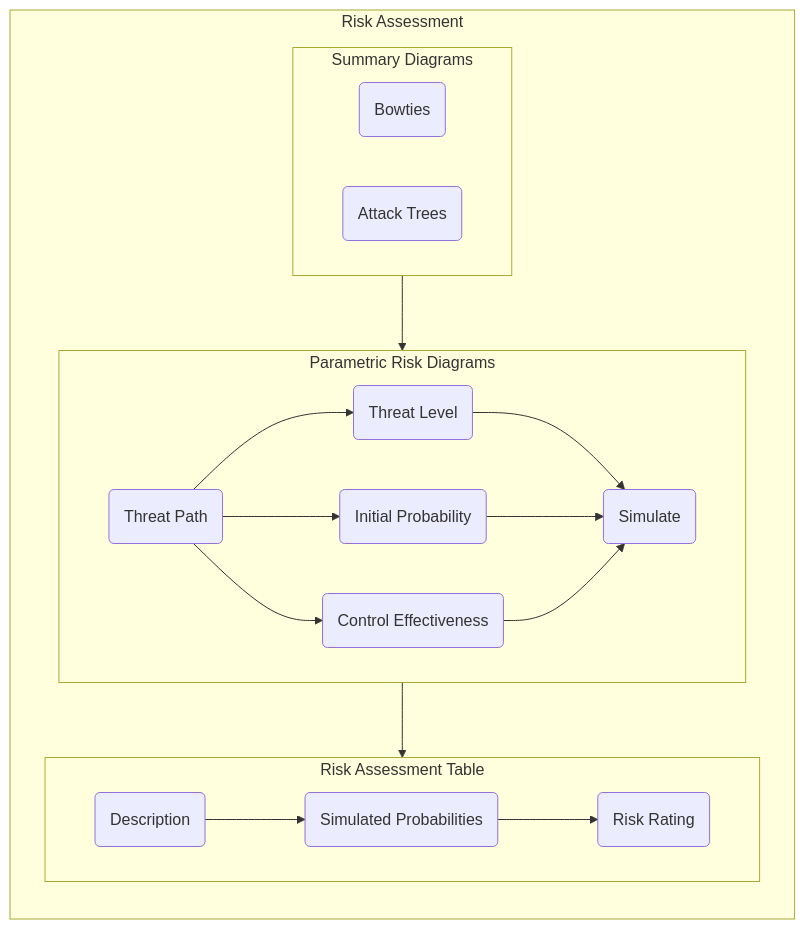
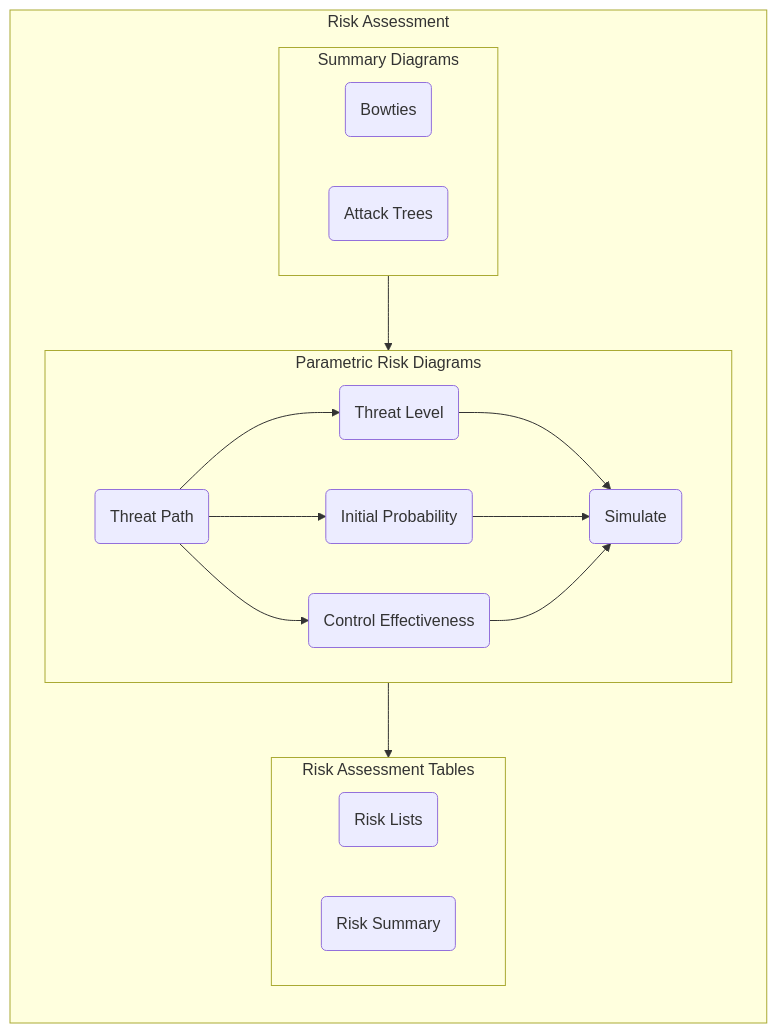
The first of 4 diagrams in Documentation/risk.md (stuartfowler/CEMT), drawn with Mermaid before and after one commit. The commit also changed other lines of this file and 14 other files, not shown here.

````diff
--- a/Documentation/risk.md
+++ b/Documentation/risk.md
@@ -5,19 +5,20 @@
 ```mermaid
 flowchart TB
   subgraph RA["Risk Assessment"]
     direction TB
     subgraph 6["Summary Diagrams"]
       6a("Bowties") 
       6b("Attack Trees")
     end
     subgraph 7["Parametric Risk Diagrams"]
       7a("Threat Path") --> 7b("Threat Level") --> 7e("Simulate")
       7a --> 7c("Initial Probability") --> 7e
       7a --> 7d("Control Effectiveness") --> 7e
     end
-    subgraph 8["Risk Assessment Table"]
-      8a("Description") --> 8b("Simulated Probabilities") --> 8c("Risk Rating")
+    subgraph 8["Risk Assessment Tables"]
+      8a("Risk Lists")
+      8b("Risk Summary")
     end
     6 --> 7 --> 8
   end
 ```
````
